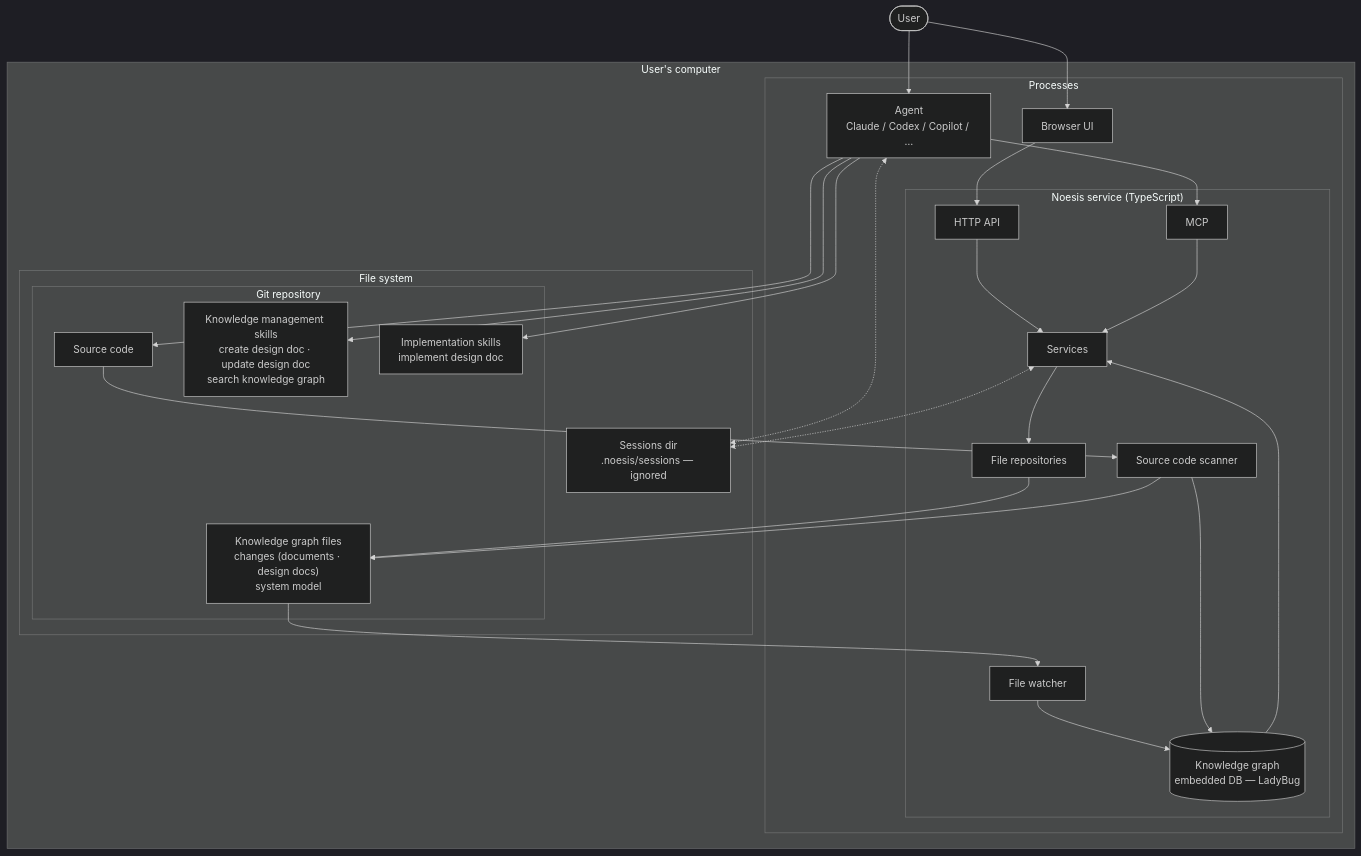
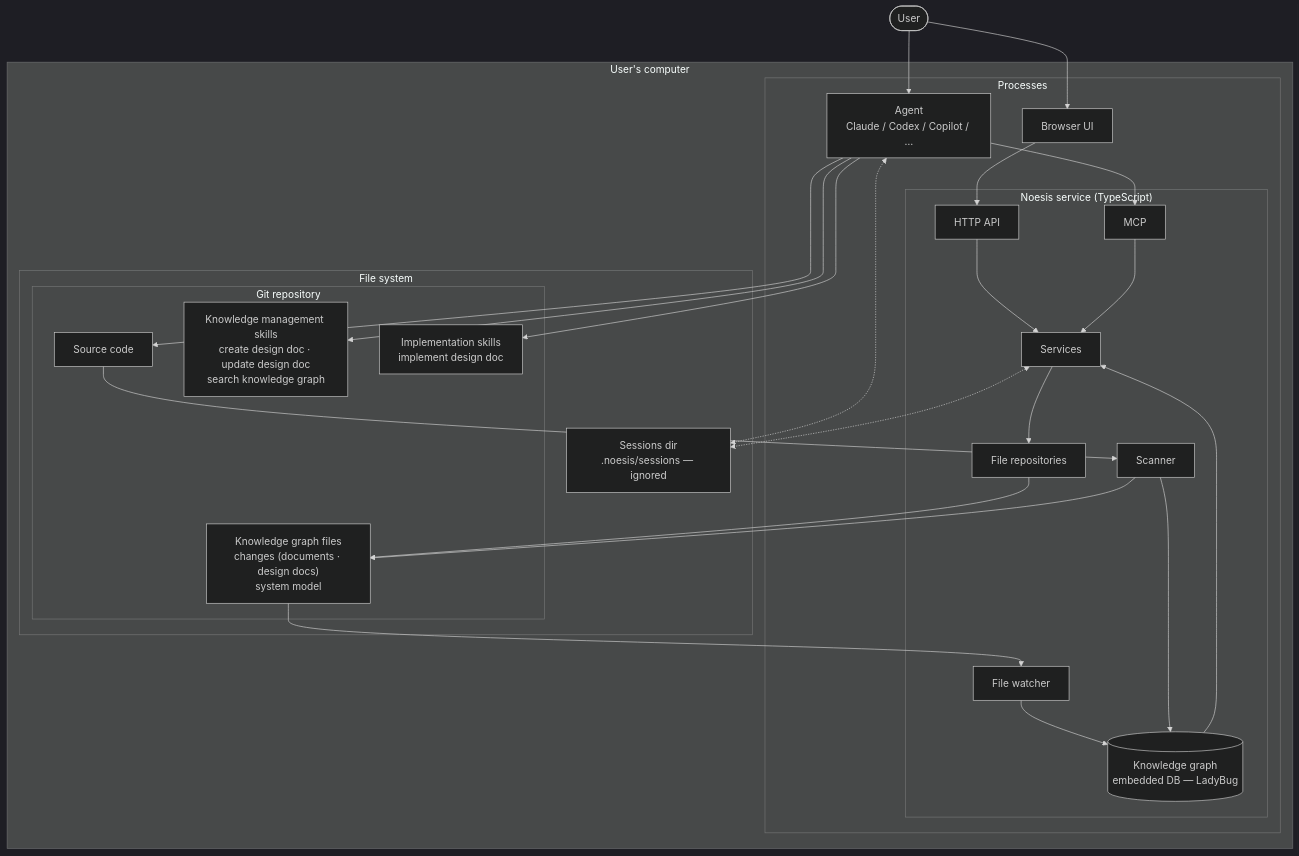
One commit to NoesisVision/noesis changed the diagram in docs/arch/ARCHITECTURE.md. Above: the diagram before and after it, drawn with Mermaid (dark theme). The commit also changed other lines of this file and 8 other files, not shown here.

Commit message:
improvement(server): rename SourceCodeScanner to Scanner

````diff
--- a/docs/arch/ARCHITECTURE.md
+++ b/docs/arch/ARCHITECTURE.md
@@ -17,50 +17,50 @@
 ```mermaid
 flowchart TB
     user([User])
 
     subgraph computer["User's computer"]
         subgraph processes["Processes"]
             ui["Browser UI"]
             agent["Agent<br/>Claude / Codex / Copilot / …"]
 
             subgraph noesis["Noesis service (TypeScript)"]
                 api["HTTP API"]
                 mcp["MCP"]
                 services["Services"]
                 kgdb[("Knowledge graph<br/>embedded DB — LadyBug")]
                 repos["File repositories"]
                 watcher["File watcher"]
-                scanner["Source code scanner"]
+                scanner["Scanner"]
             end
         end
 
         subgraph filesystem["File system"]
             sessions["Sessions dir<br/>.noesis/sessions — ignored"]
 
             subgraph repo["Git repository"]
                 src["Source code"]
                 kg["Knowledge graph files<br/>changes (documents · design docs)<br/>system model"]
                 kskills["Knowledge management skills<br/>create design doc · update design doc<br/>search knowledge graph"]
                 iskills["Implementation skills<br/>implement design doc"]
             end
         end
     end
 
     user --> ui
     user --> agent
 
     ui --> api --> services
     agent --> mcp --> services
     agent <-.-> sessions
     services <-.-> sessions
 
     agent --> kskills
     agent --> iskills
     agent --> src
 
     services --> repos --> kg
     kg --> watcher --> kgdb
     kgdb --> services
     src --> scanner --> kgdb
     scanner --> kg
 ```
````
